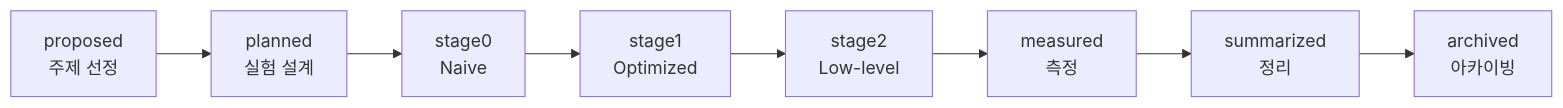
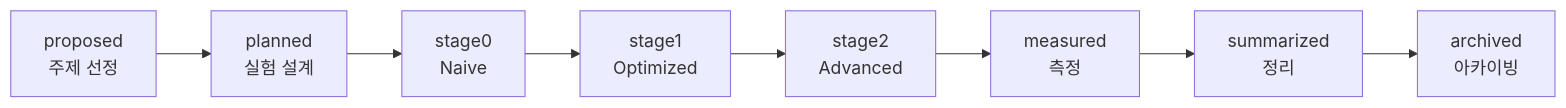
Before and after one commit to yongbeomkwak/iOS-PerfLab: the diagram in docs/GUIDE.md, drawn with Mermaid. The commit also changed other lines of this file and 14 other files, not shown here.

````diff
--- a/docs/GUIDE.md
+++ b/docs/GUIDE.md
@@ -17,10 +17,10 @@
 ```mermaid
 flowchart LR
     P[proposed<br/>주제 선정] --> PL[planned<br/>실험 설계]
     PL --> S0[stage0<br/>Naive]
     S0 --> S1[stage1<br/>Optimized]
-    S1 --> S2[stage2<br/>Low-level]
+    S1 --> S2[stage2<br/>Advanced]
     S2 --> M[measured<br/>측정]
     M --> SU[summarized<br/>정리]
     SU --> A[archived<br/>아카이빙]
 ```
````
